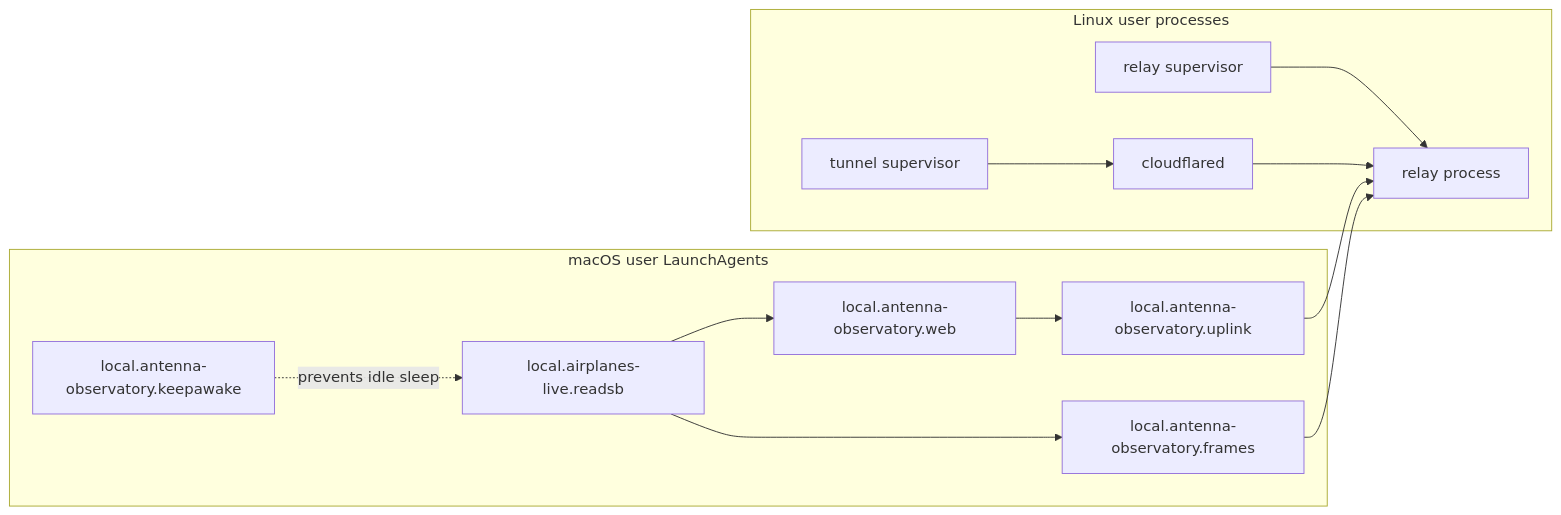
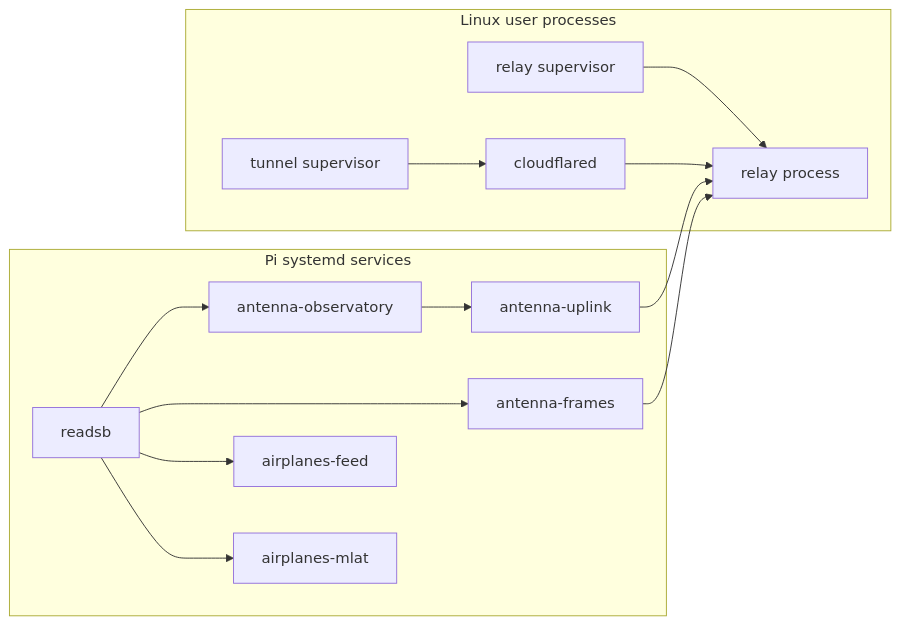
Before and after one commit to ramideltoro/antenna_observatory: the third of 6 diagrams in wiki-site/docs/architecture.md, drawn with Mermaid. The commit also changed other lines of this file and 14 other files, not shown here.

````diff
--- a/wiki-site/docs/architecture.md
+++ b/wiki-site/docs/architecture.md
@@ -62,18 +66,20 @@
 ```mermaid
 flowchart LR
-    subgraph launchd[macOS user LaunchAgents]
-      R[local.airplanes-live.readsb]
-      W[local.antenna-observatory.web]
-      U[local.antenna-observatory.uplink]
-      F[local.antenna-observatory.frames]
-      K[local.antenna-observatory.keepawake]
+    subgraph systemd[Pi systemd services]
+      R[readsb]
+      W[antenna-observatory]
+      U[antenna-uplink]
+      F[antenna-frames]
+      AF[airplanes-feed]
+      AM[airplanes-mlat]
     end
     subgraph linux[Linux user processes]
       SR[relay supervisor] --> RP[relay process]
       ST[tunnel supervisor] --> TP[cloudflared]
     end
     R --> W --> U --> RP
     R --> F --> RP
-    K -. prevents idle sleep .-> R
+    R --> AF
+    R --> AM
     TP --> RP
 ```
````
